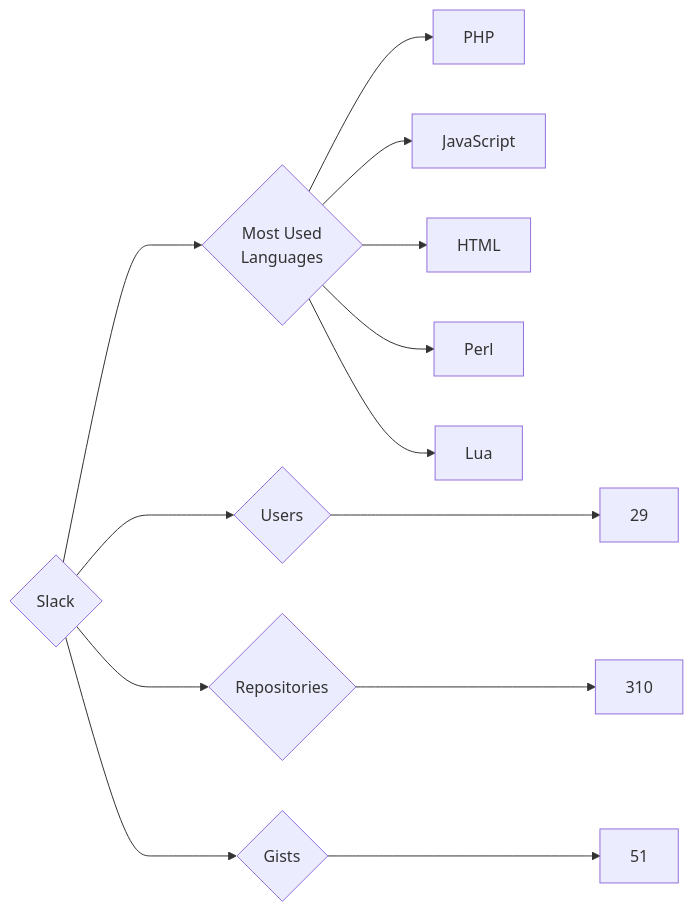
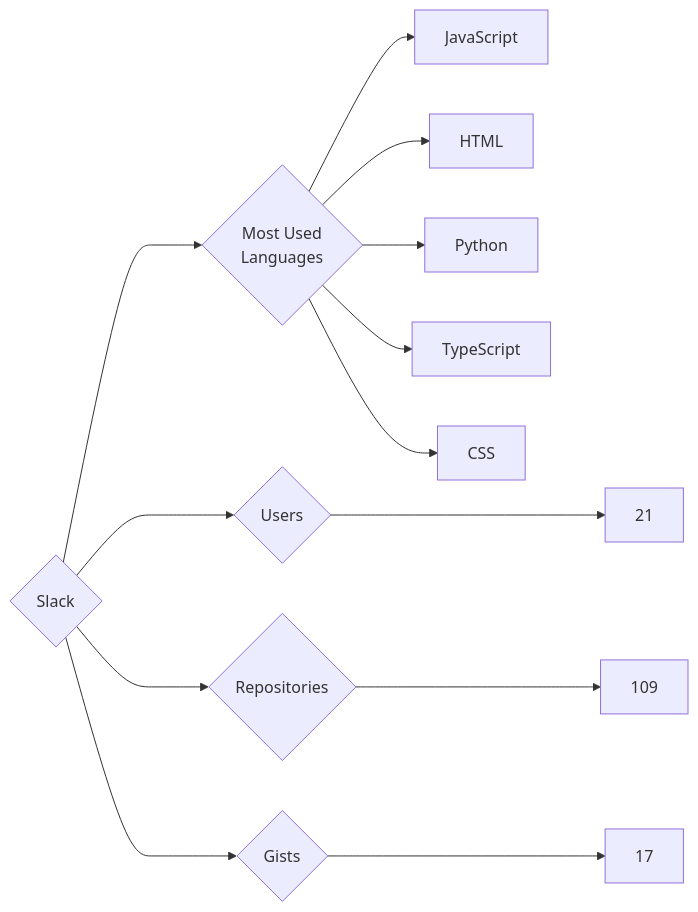
Before and after one commit to trickest/insiders: the diagram in targets/Slack/README.md, drawn with Mermaid. The commit also changed 912 other files, not shown here.

````diff
--- a/targets/Slack/README.md
+++ b/targets/Slack/README.md
@@ -3,13 +3,13 @@
 ```mermaid
 graph LR
 COMPANY_NAME{Slack}
-COMPANY_NAME ---> U{Users} ---> UN[29]
-COMPANY_NAME ---> R{Repositories} ---> RN[310]
-COMPANY_NAME ---> G{Gists} ---> GN[51]
+COMPANY_NAME ---> U{Users} ---> UN[21]
+COMPANY_NAME ---> R{Repositories} ---> RN[109]
+COMPANY_NAME ---> G{Gists} ---> GN[17]
 COMPANY_NAME ---> ML{Most Used<br>Languages}
-ML --> PHP[PHP]
 ML --> JavaScript[JavaScript]
 ML --> HTML[HTML]
-ML --> Perl[Perl]
-ML --> Lua[Lua]
+ML --> Python[Python]
+ML --> TypeScript[TypeScript]
+ML --> CSS[CSS]
 ```
````
